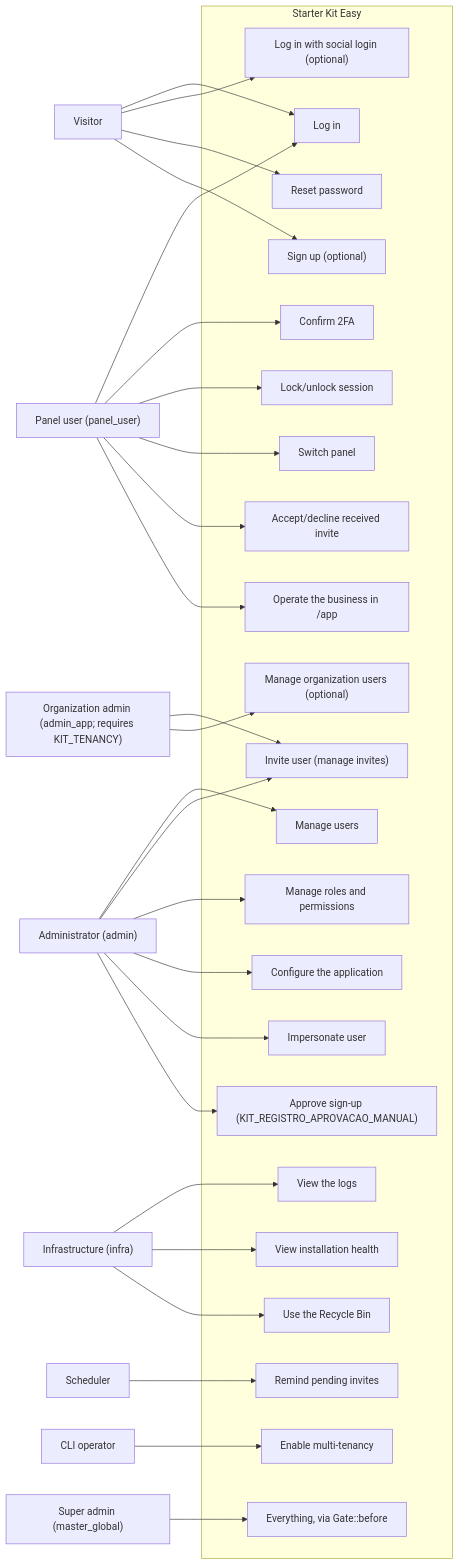
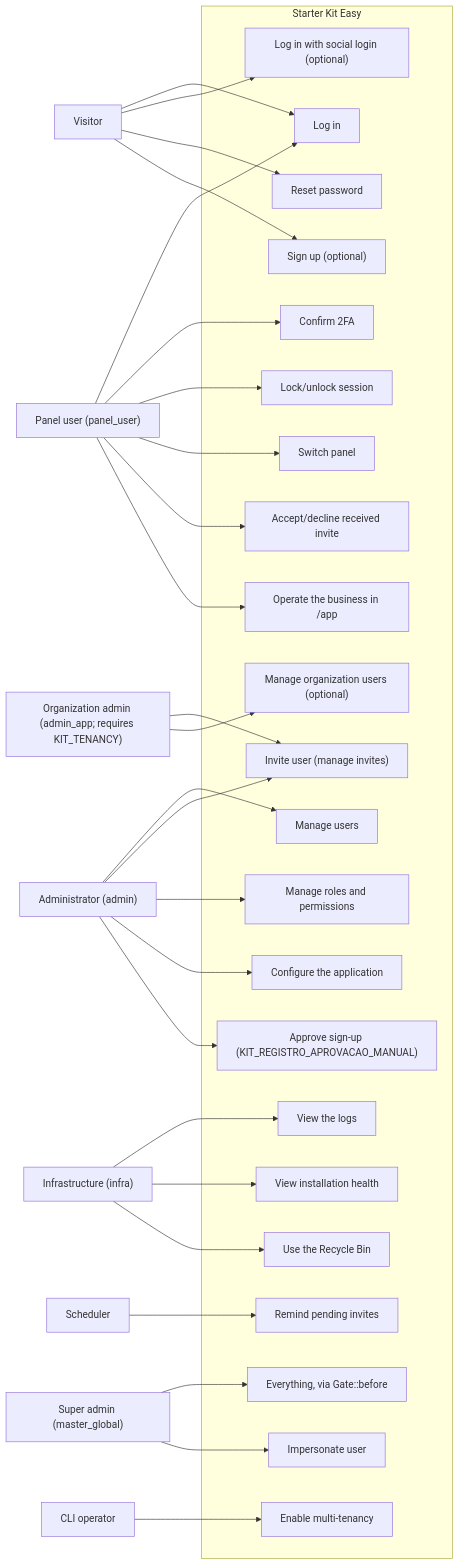
One commit to gsferro/filament-starter-kit-easy changed the second of 4 diagrams in docs/en/referencia/arquitetura-em-diagramas.md. Above: the diagram before and after it, drawn with Mermaid. The commit also changed other lines of this file and 7 other files, not shown here.

First line of the commit message:
:bug: fix(docs): quatro diagramas que afirmavam o que o codigo nao faz

````diff
--- a/docs/en/referencia/arquitetura-em-diagramas.md
+++ b/docs/en/referencia/arquitetura-em-diagramas.md
@@ -60,62 +60,62 @@
 ```mermaid
 flowchart LR
 %% DG-02
 accTitle: Use cases by role
 accDescr: The kit's eight actors and the use cases each role reaches, inside the Starter Kit Easy boundary.
   ator_visitante["Visitor"]
   ator_panel_user["Panel user (panel_user)"]
   ator_admin_app["Organization admin (admin_app; requires KIT_TENANCY)"]
   ator_admin["Administrator (admin)"]
   ator_infra["Infrastructure (infra)"]
   ator_master_global["Super admin (master_global)"]
   ator_agendador["Scheduler"]
   ator_cli["CLI operator"]
   subgraph fronteira ["Starter Kit Easy"]
     cu_login["Log in"]
     cu_login_social["Log in with social login (optional)"]
     cu_recuperar_senha["Reset password"]
     cu_cadastro["Sign up (optional)"]
     cu_aceitar_convite["Accept/decline received invite"]
     cu_trocar_painel["Switch panel"]
     cu_2fa["Confirm 2FA"]
     cu_bloqueio["Lock/unlock session"]
     cu_operar_negocio["Operate the business in /app"]
     cu_convidar["Invite user (manage invites)"]
     cu_gerir_usuarios["Manage users"]
     cu_gerir_usuarios_org["Manage organization users (optional)"]
     cu_aprovar_cadastro["Approve sign-up (KIT_REGISTRO_APROVACAO_MANUAL)"]
     cu_gerir_papeis["Manage roles and permissions"]
     cu_configuracoes["Configure the application"]
     cu_ver_logs["View the logs"]
     cu_ver_saude["View installation health"]
     cu_lixeira["Use the Recycle Bin"]
     cu_personificar["Impersonate user"]
     cu_lembrar_convites["Remind pending invites"]
     cu_tenancy["Enable multi-tenancy"]
     cu_tudo["Everything, via Gate::before"]
   end
   ator_visitante --> cu_login
   ator_visitante --> cu_login_social
   ator_visitante --> cu_recuperar_senha
   ator_visitante --> cu_cadastro
   ator_panel_user --> cu_login
   ator_panel_user --> cu_2fa
   ator_panel_user --> cu_bloqueio
   ator_panel_user --> cu_trocar_painel
   ator_panel_user --> cu_aceitar_convite
   ator_panel_user --> cu_operar_negocio
   ator_admin_app --> cu_convidar
   ator_admin_app --> cu_gerir_usuarios_org
   ator_admin --> cu_gerir_usuarios
   ator_admin --> cu_convidar
   ator_admin --> cu_gerir_papeis
   ator_admin --> cu_configuracoes
-  ator_admin --> cu_personificar
   ator_admin --> cu_aprovar_cadastro
   ator_infra --> cu_ver_logs
   ator_infra --> cu_ver_saude
   ator_infra --> cu_lixeira
   ator_master_global --> cu_tudo
+  ator_master_global --> cu_personificar
   ator_agendador --> cu_lembrar_convites
   ator_cli --> cu_tenancy
 ```
````
